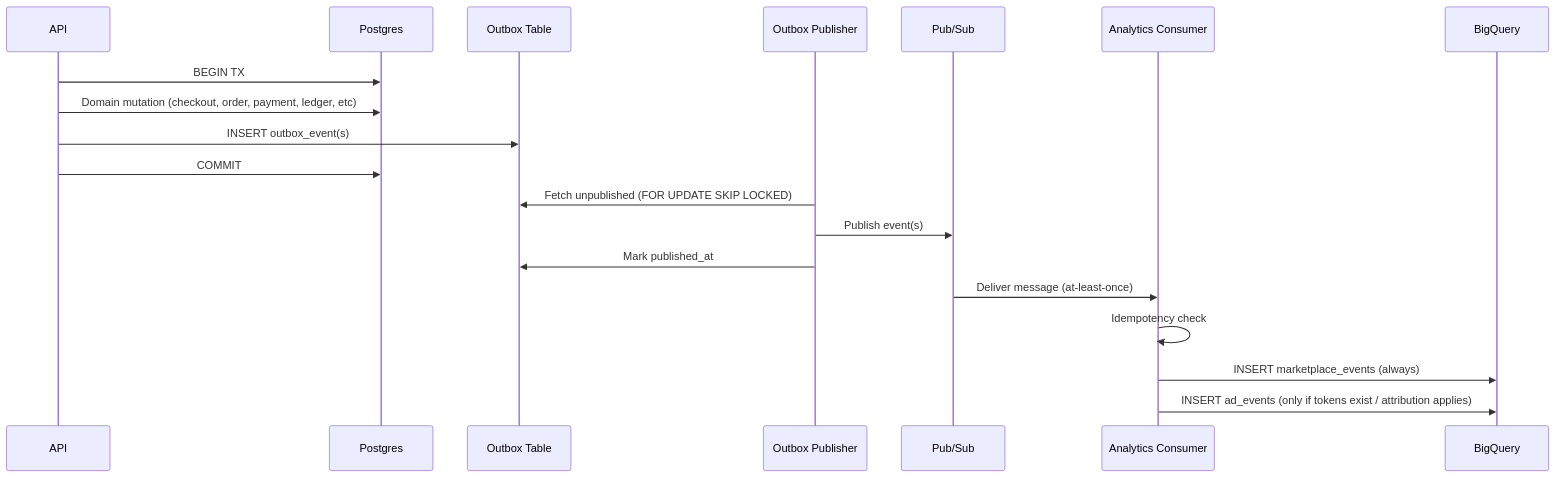
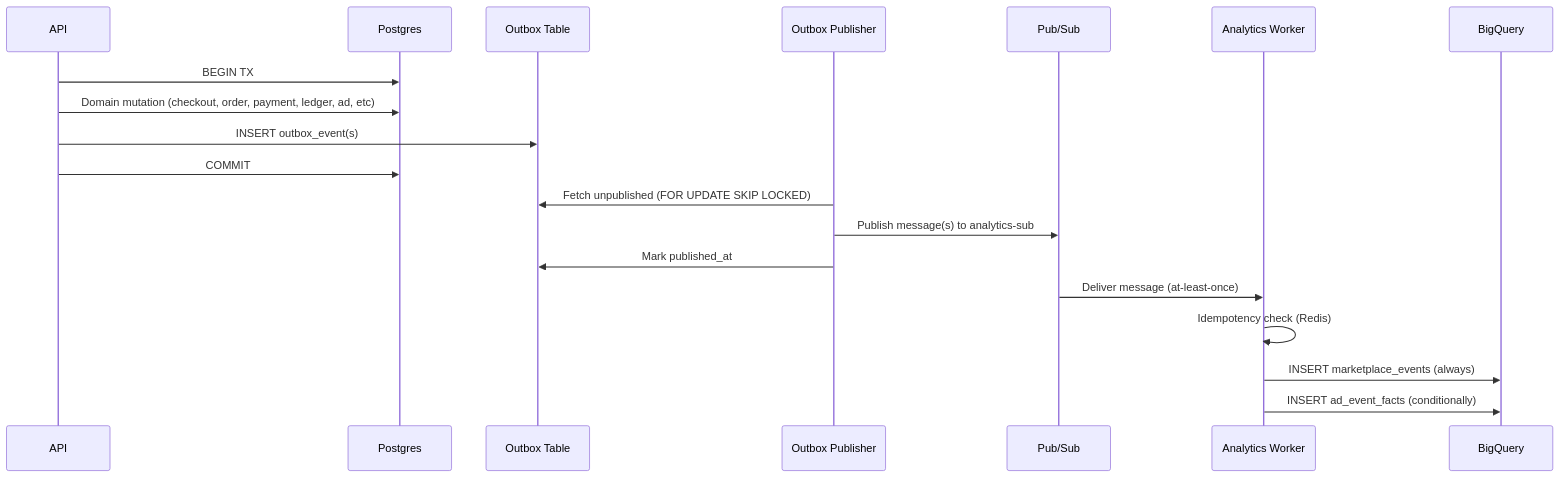
Before and after one commit to mondragon-ai/packfinderz-backend: the diagram in docs/ANALYTICS.md, drawn with Mermaid. The commit also changed other lines of this file and 6 other files, not shown here.

````diff
--- a/docs/ANALYTICS.md
+++ b/docs/ANALYTICS.md
@@ -30,24 +46,24 @@
 ```mermaid
 sequenceDiagram
   participant API
   participant PG as Postgres
   participant OB as Outbox Table
   participant PUB as Outbox Publisher
   participant PS as Pub/Sub
-  participant AC as Analytics Consumer
+  participant AC as Analytics Worker
   participant BQ as BigQuery
 
   API->>PG: BEGIN TX
-  API->>PG: Domain mutation (checkout, order, payment, ledger, etc)
+  API->>PG: Domain mutation (checkout, order, payment, ledger, ad, etc)
   API->>OB: INSERT outbox_event(s)
   API->>PG: COMMIT
 
   PUB->>OB: Fetch unpublished (FOR UPDATE SKIP LOCKED)
-  PUB->>PS: Publish event(s)
+  PUB->>PS: Publish message(s) to analytics-sub
   PUB->>OB: Mark published_at
 
   PS->>AC: Deliver message (at-least-once)
-  AC->>AC: Idempotency check
+  AC->>AC: Idempotency check (Redis)
   AC->>BQ: INSERT marketplace_events (always)
-  AC->>BQ: INSERT ad_events (only if tokens exist / attribution applies)
+  AC->>BQ: INSERT ad_event_facts (conditionally)
 ```
````
